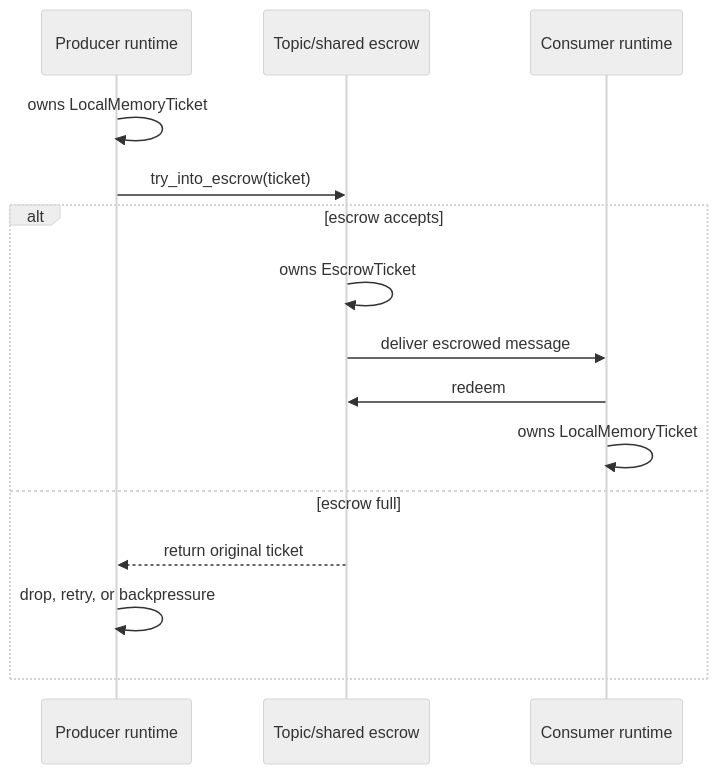
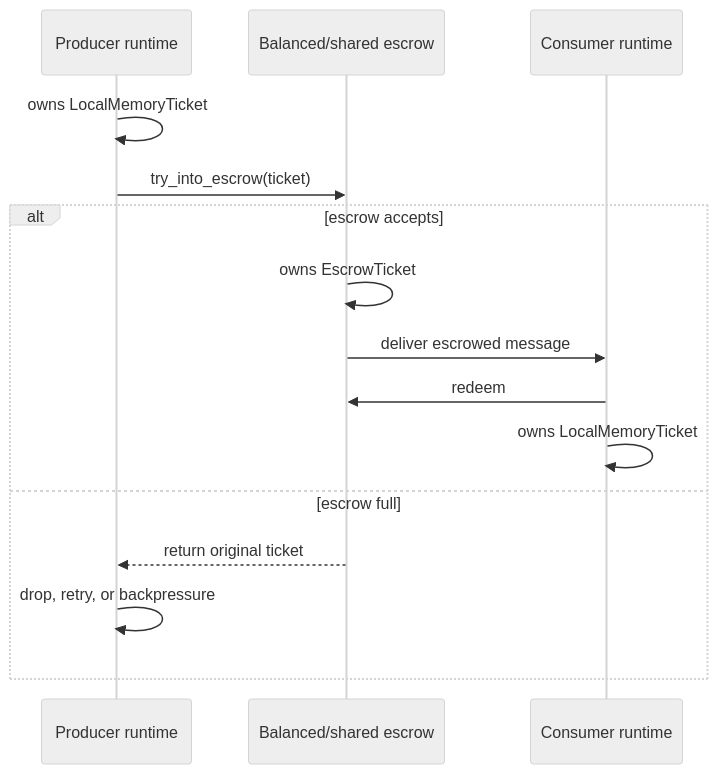
The second of 2 diagrams in rust/otap-dataflow/docs/memory-limiter-phase2.md (lalitb/otel-arrow), drawn with Mermaid (neutral theme) before and after one commit. The commit also changed other lines of this file, not shown here.

Commit message:
Clarify point-to-point escrow diagram

````diff
--- a/rust/otap-dataflow/docs/memory-limiter-phase2.md
+++ b/rust/otap-dataflow/docs/memory-limiter-phase2.md
@@ -639,18 +639,18 @@
 ```mermaid
 sequenceDiagram
     participant P as Producer runtime
-    participant E as Topic/shared escrow
+    participant E as Balanced/shared escrow
     participant C as Consumer runtime
 
     P->>P: owns LocalMemoryTicket
     P->>E: try_into_escrow(ticket)
     alt escrow accepts
         E->>E: owns EscrowTicket
         E->>C: deliver escrowed message
         C->>E: redeem
         C->>C: owns LocalMemoryTicket
     else escrow full
         E-->>P: return original ticket
         P->>P: drop, retry, or backpressure
     end
 ```
````
